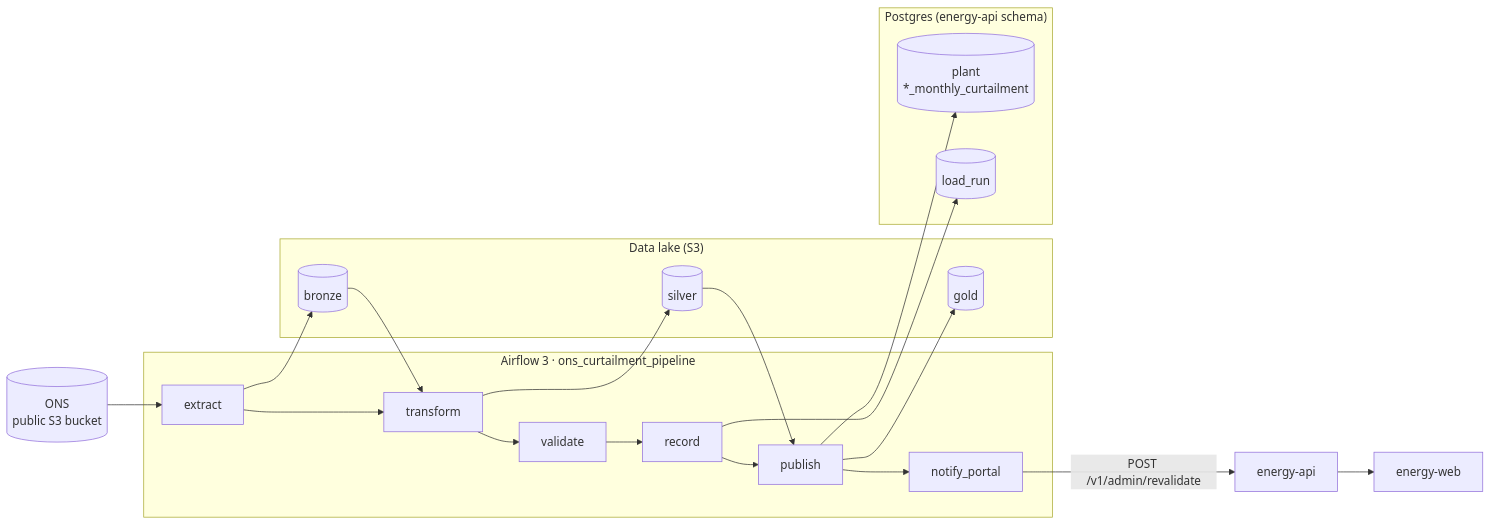
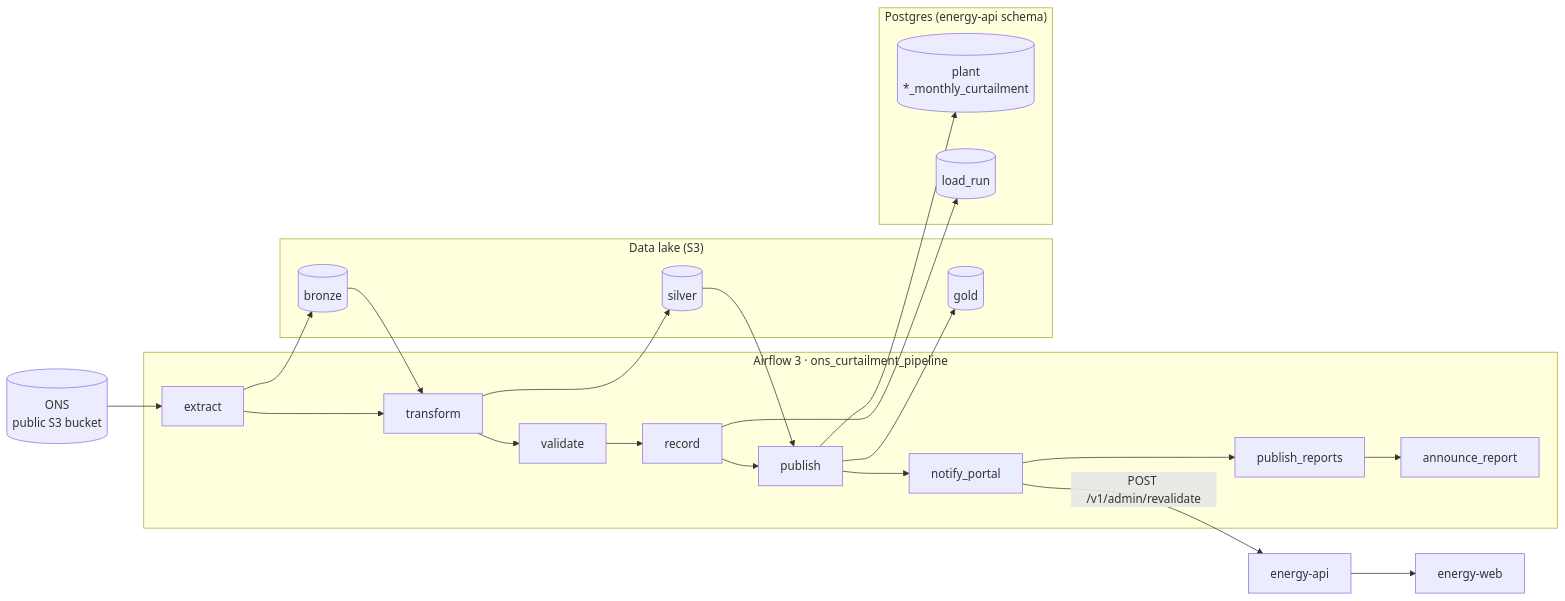
Before and after one commit to LeonardoMatos07/energia-data: the diagram in README.md, drawn with Mermaid. The commit also changed other lines of this file and 5 other files, not shown here.

First line of the commit message:
feat: publish the monthly report and e-mail it to subscribers after each load

````diff
--- a/README.md
+++ b/README.md
@@ -27,21 +27,21 @@
 ```mermaid
 flowchart LR
     ONS[("ONS<br/>public S3 bucket")]
     subgraph Airflow["Airflow 3 · ons_curtailment_pipeline"]
         E[extract] --> T[transform] --> V[validate] --> R[record]
-        R --> P[publish] --> N[notify_portal]
+        R --> P[publish] --> N[notify_portal] --> RP[publish_reports] --> A[announce_report]
     end
     subgraph Lake["Data lake (S3)"]
         B[(bronze)]
         S[(silver)]
         G[(gold)]
     end
     subgraph PG["Postgres (energy-api schema)"]
         T1[(plant<br/>*_monthly_curtailment)]
         T2[(load_run)]
     end
     ONS --> E --> B --> T --> S --> P --> G
     P --> T1
     R --> T2
     N -->|POST /v1/admin/revalidate| API[energy-api] --> WEB[energy-web]
 ```
````
